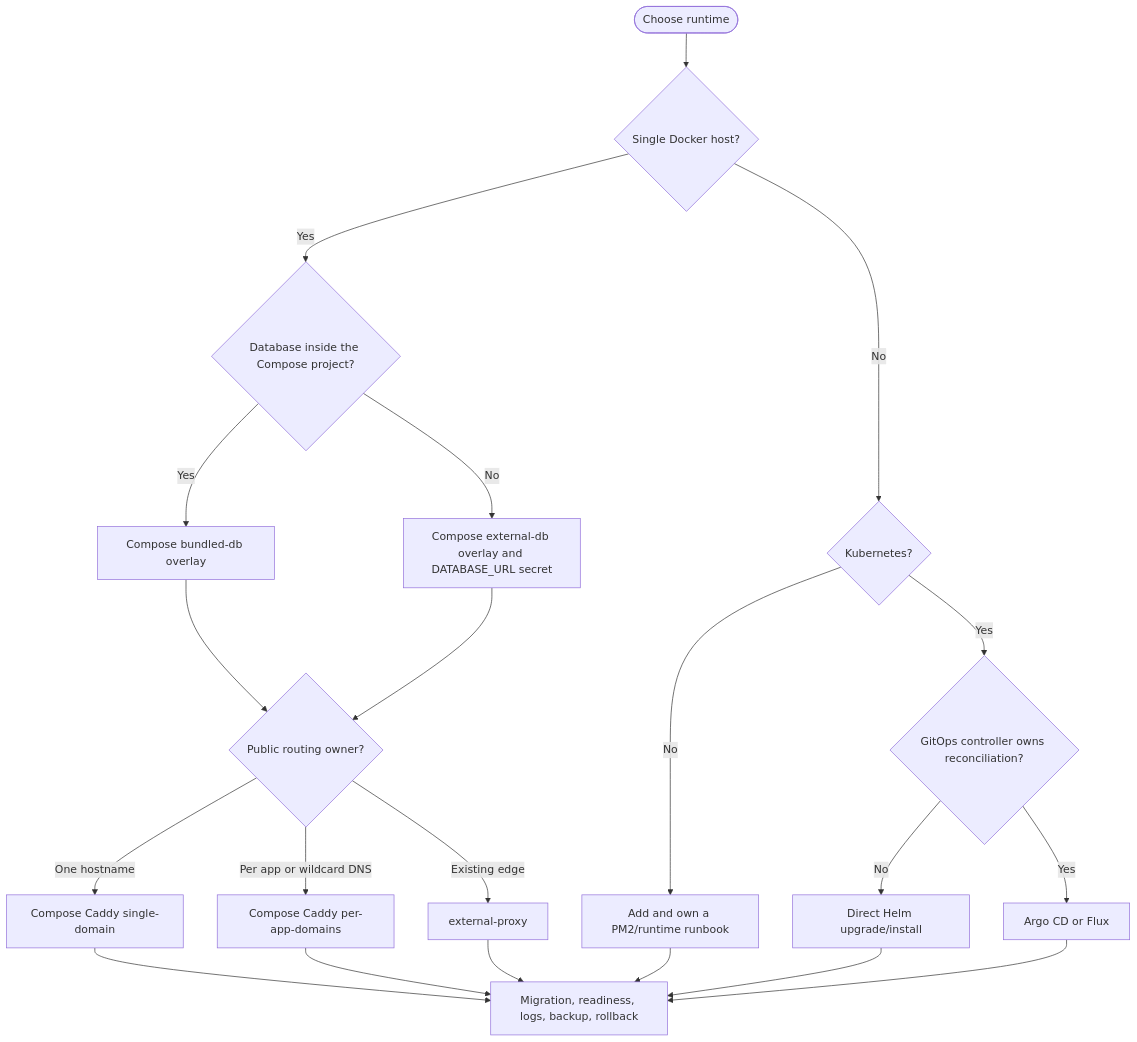
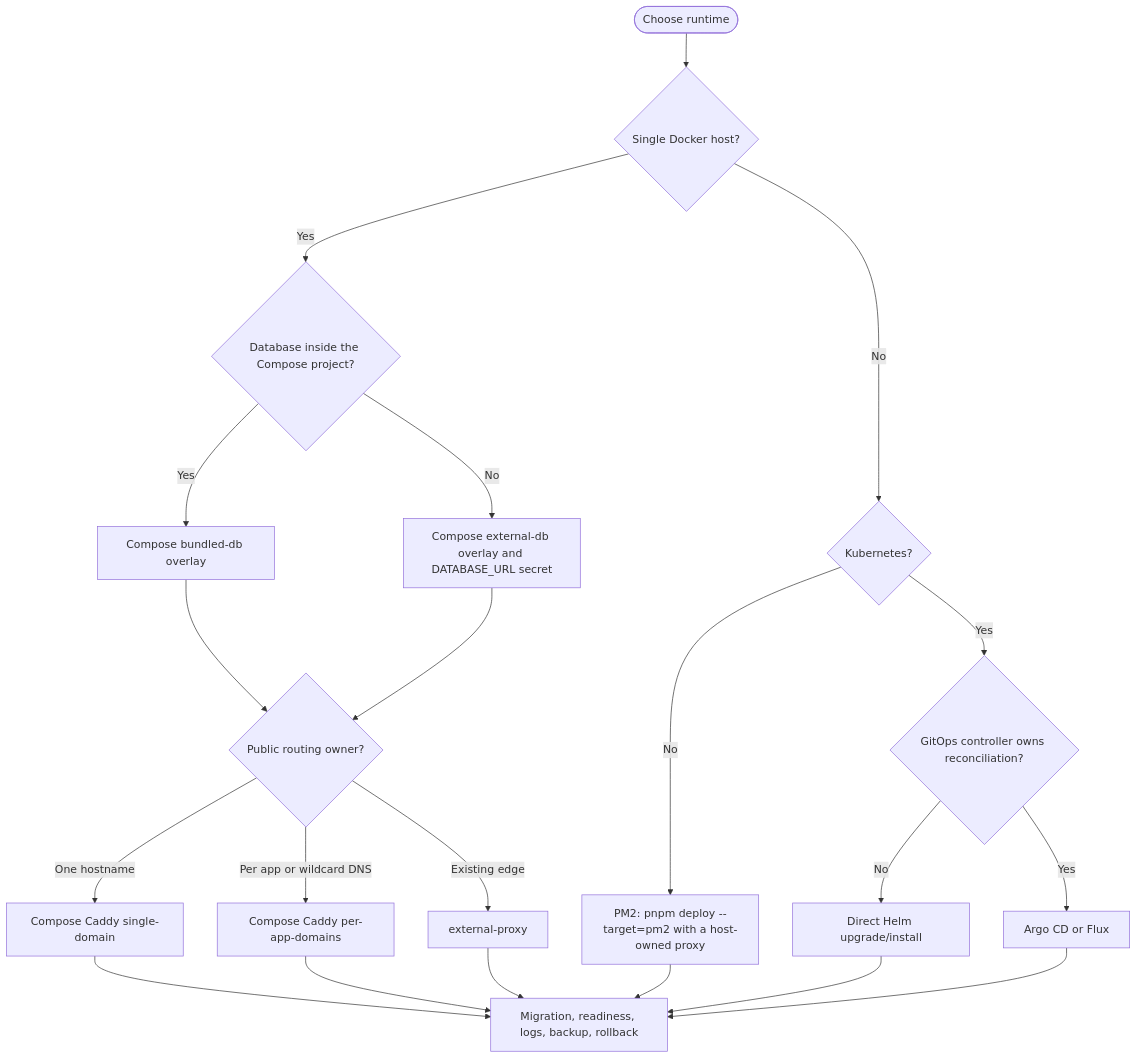
One commit to nmime/dehqonhub changed the diagram in docs/deployment.md. Above: the diagram before and after it, drawn with Mermaid. The commit also changed other lines of this file and 157 other files, not shown here.

````diff
--- a/docs/deployment.md
+++ b/docs/deployment.md
@@ -26,23 +110,23 @@
 ```mermaid
 flowchart TD
   start([Choose runtime]) --> host{Single Docker host?}
   host -- Yes --> db{Database inside the Compose project?}
   db -- Yes --> bundled[Compose bundled-db overlay]
   db -- No --> external[Compose external-db overlay and DATABASE_URL secret]
   bundled --> domains{Public routing owner?}
   external --> domains
   domains -- One hostname --> single[Compose Caddy single-domain]
   domains -- Per app or wildcard DNS --> multi[Compose Caddy per-app-domains]
   domains -- Existing edge --> proxy[external-proxy]
   host -- No --> k8s{Kubernetes?}
-  k8s -- No --> pm2[Add and own a PM2/runtime runbook]
+  k8s -- No --> pm2[PM2: pnpm deploy --target=pm2 with a host-owned proxy]
   k8s -- Yes --> controller{GitOps controller owns reconciliation?}
   controller -- No --> helm[Direct Helm upgrade/install]
   controller -- Yes --> gitops[Argo CD or Flux]
   single --> verify[Migration, readiness, logs, backup, rollback]
   multi --> verify
   proxy --> verify
   pm2 --> verify
   helm --> verify
   gitops --> verify
 ```
````
